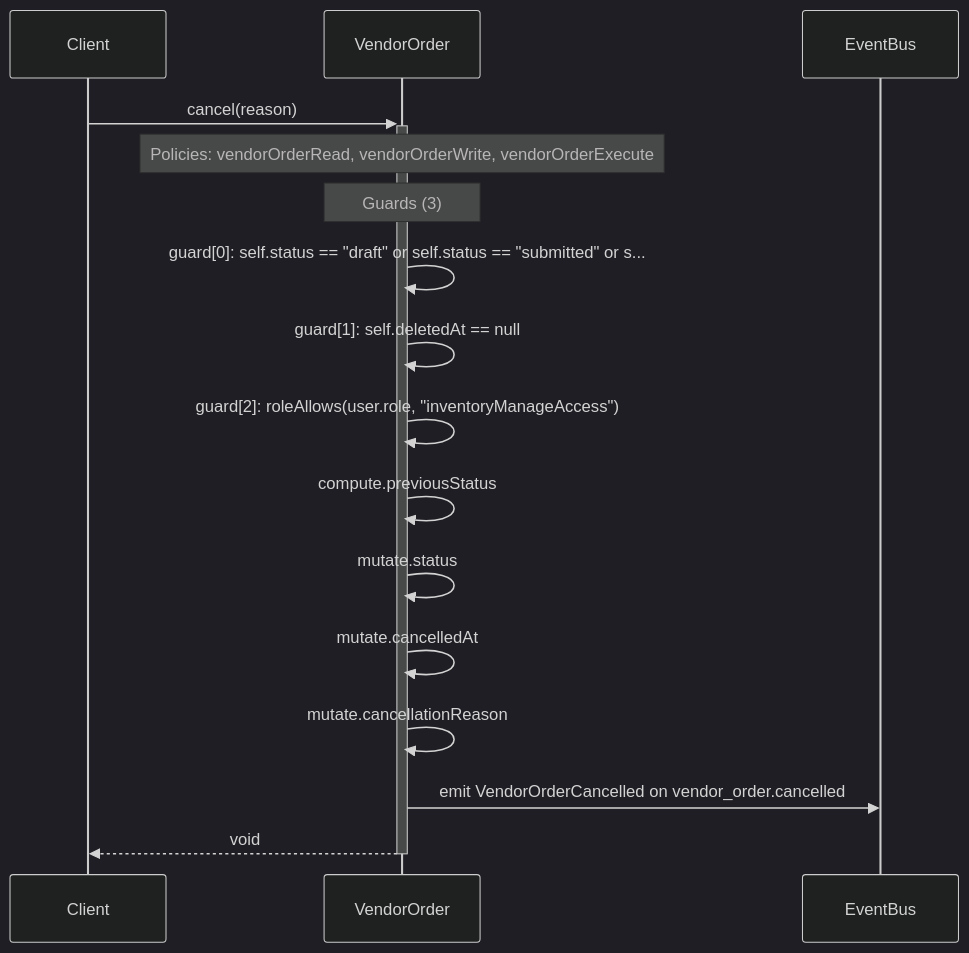
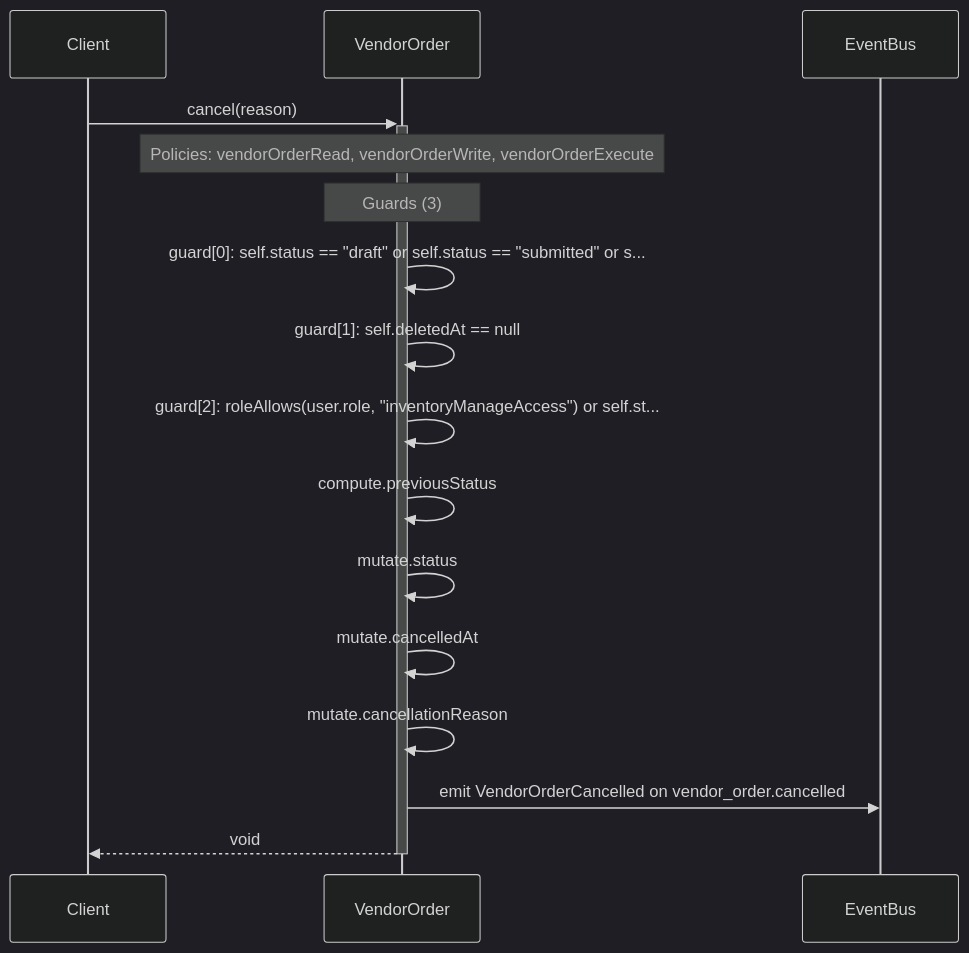
The diagram in diagrams/sequence-VendorOrder-cancel.mmd (Angriff36/capsule), drawn with Mermaid (dark theme) before and after one commit. The commit also changed 32 other files, not shown here.

```diff
--- a/diagrams/sequence-VendorOrder-cancel.mmd
+++ b/diagrams/sequence-VendorOrder-cancel.mmd
@@ -1,16 +1,16 @@
 sequenceDiagram
     participant Client
     participant VendorOrder as VendorOrder
     participant EventBus
     Client->>+VendorOrder: cancel(reason)
     Note over VendorOrder: Policies: vendorOrderRead, vendorOrderWrite, vendorOrderExecute
     Note over VendorOrder: Guards (3)
     VendorOrder->>VendorOrder: guard[0]: self.status == #quot;draft#quot; or self.status == #quot;submitted#quot; or s...
     VendorOrder->>VendorOrder: guard[1]: self.deletedAt == null
-    VendorOrder->>VendorOrder: guard[2]: roleAllows(user.role, #quot;inventoryManageAccess#quot;)
+    VendorOrder->>VendorOrder: guard[2]: roleAllows(user.role, #quot;inventoryManageAccess#quot;) or self.st...
     VendorOrder->>VendorOrder: compute.previousStatus
     VendorOrder->>VendorOrder: mutate.status
     VendorOrder->>VendorOrder: mutate.cancelledAt
     VendorOrder->>VendorOrder: mutate.cancellationReason
     VendorOrder->>EventBus: emit VendorOrderCancelled on vendor_order.cancelled
     VendorOrder-->>-Client: void
```
